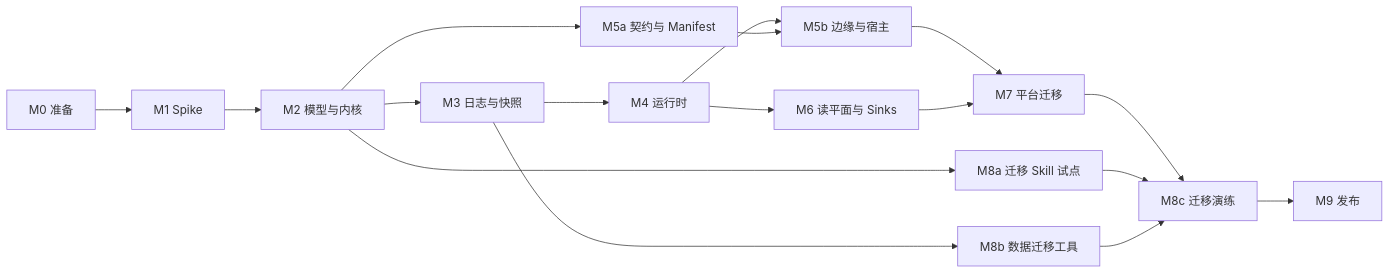
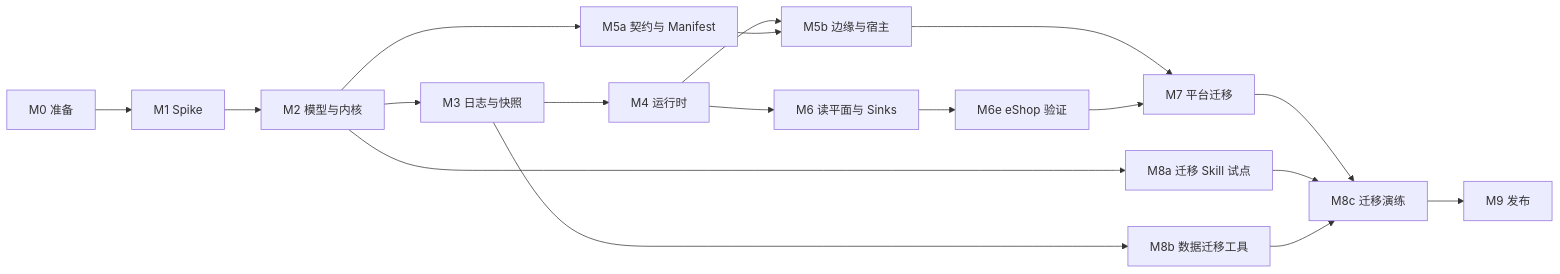
Before and after one commit to Ahoo-Wang/Wow: the diagram in documentation/designs/v10/roadmap.md, drawn with Mermaid. The commit also changed other lines of this file and 2 other files, not shown here.

Commit message:
docs(v10): insert the M6e eShop validation milestone before M7 (D158-D160)

````diff
--- a/documentation/designs/v10/roadmap.md
+++ b/documentation/designs/v10/roadmap.md
@@ -23,19 +23,20 @@
 ```mermaid
 flowchart LR
     M0[M0 准备] --> M1[M1 Spike]
     M1 --> M2[M2 模型与内核]
     M2 --> M3[M3 日志与快照]
     M2 --> M5a[M5a 契约与 Manifest]
     M3 --> M4[M4 运行时]
     M4 --> M5b[M5b 边缘与宿主]
     M5a --> M5b
     M4 --> M6[M6 读平面与 Sinks]
     M5b --> M7[M7 平台迁移]
-    M6 --> M7
+    M6 --> M6e[M6e eShop 验证]
+    M6e --> M7
     M2 --> M8a[M8a 迁移 Skill 试点]
     M3 --> M8b[M8b 数据迁移工具]
     M7 --> M8c[M8c 迁移演练]
     M8a --> M8c
     M8b --> M8c
     M8c --> M9[M9 发布]
 ```
````
